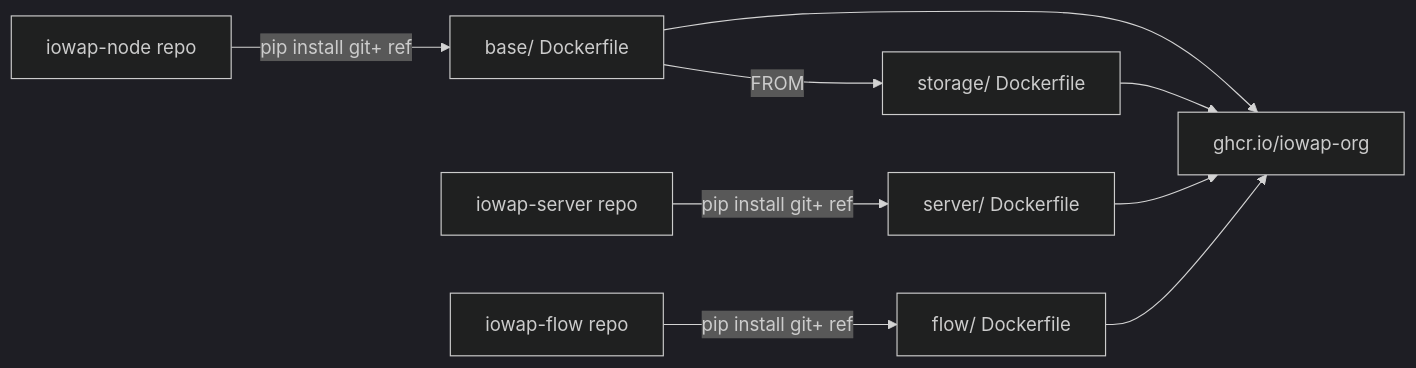
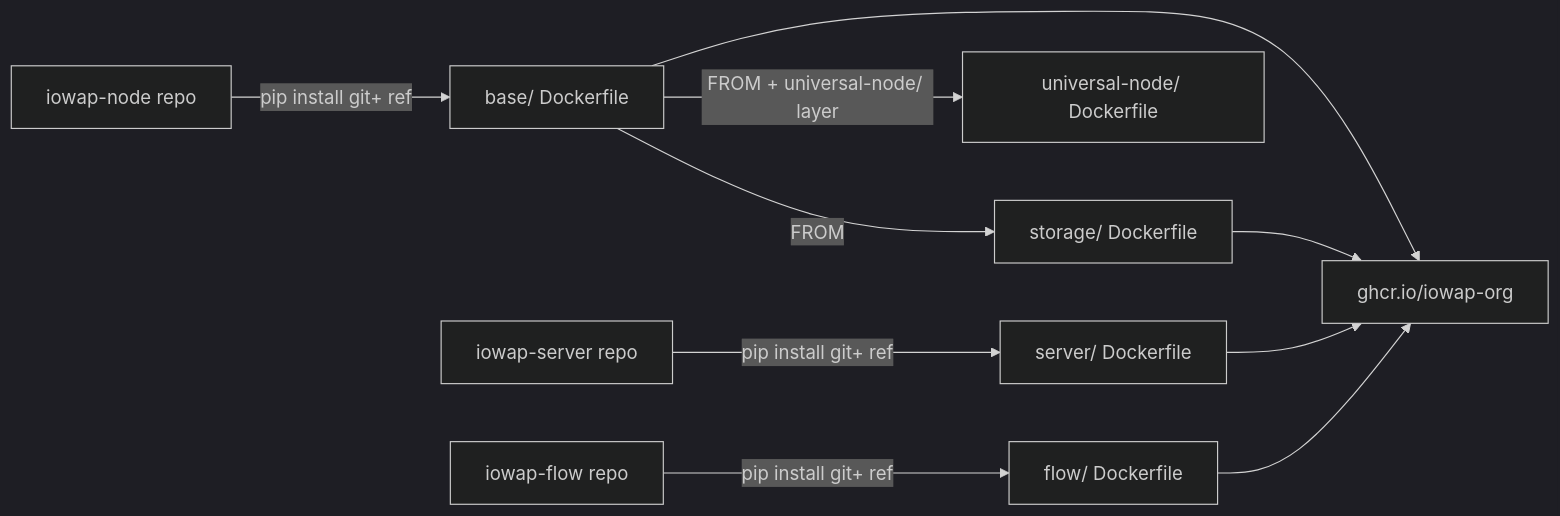
One commit to iowap-org/iowap-docker changed the diagram in README.md. Above: the diagram before and after it, drawn with Mermaid (dark theme). The commit also changed other lines of this file and 4 other files, not shown here.

Commit message:
T-037: universal-node flavour image layer (FROM iowap-node-base + streaming HTTP MCP)

````diff
--- a/README.md
+++ b/README.md
@@ -23,8 +24,9 @@
 ```mermaid
 graph LR
     A[iowap-node repo] -->|pip install git+ ref| B[base/ Dockerfile]
     B -->|FROM| C[storage/ Dockerfile]
+    B -->|FROM + universal-node/ layer| K[universal-node/ Dockerfile]
     D[iowap-server repo] -->|pip install git+ ref| E[server/ Dockerfile]
     F[iowap-flow repo] -->|pip install git+ ref| G[flow/ Dockerfile]
     B & C & E & G --> H[ghcr.io/iowap-org]
 ```
````
